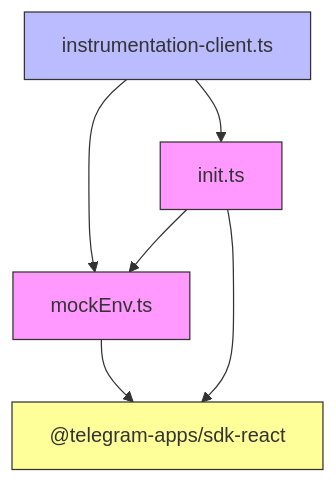
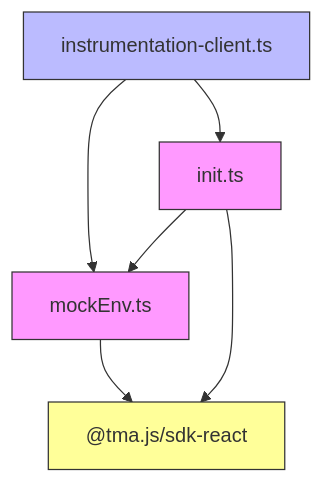
One commit to Miaterio/Passion-bot-2 changed the fifth of 5 diagrams in .qoder/repowiki/en/content/Development Environment/Environment Mocking.md. Above: the diagram before and after it, drawn with Mermaid. The commit also changed other lines of this file and 199 other files, not shown here.

````diff
--- a/.qoder/repowiki/en/content/Development Environment/Environment Mocking.md
+++ b/.qoder/repowiki/en/content/Development Environment/Environment Mocking.md
@@ -176,12 +176,12 @@
 ```mermaid
 graph TD
 A["instrumentation-client.ts"] --> B["mockEnv.ts"]
-B --> C["@telegram-apps/sdk-react"]
+B --> C["@tma.js/sdk-react"]
 A --> D["init.ts"]
 D --> C
 D --> B
 style B fill:#f9f,stroke:#333
 style D fill:#f9f,stroke:#333
 style A fill:#bbf,stroke:#333
 style C fill:#ff9,stroke:#333
 ```
````
